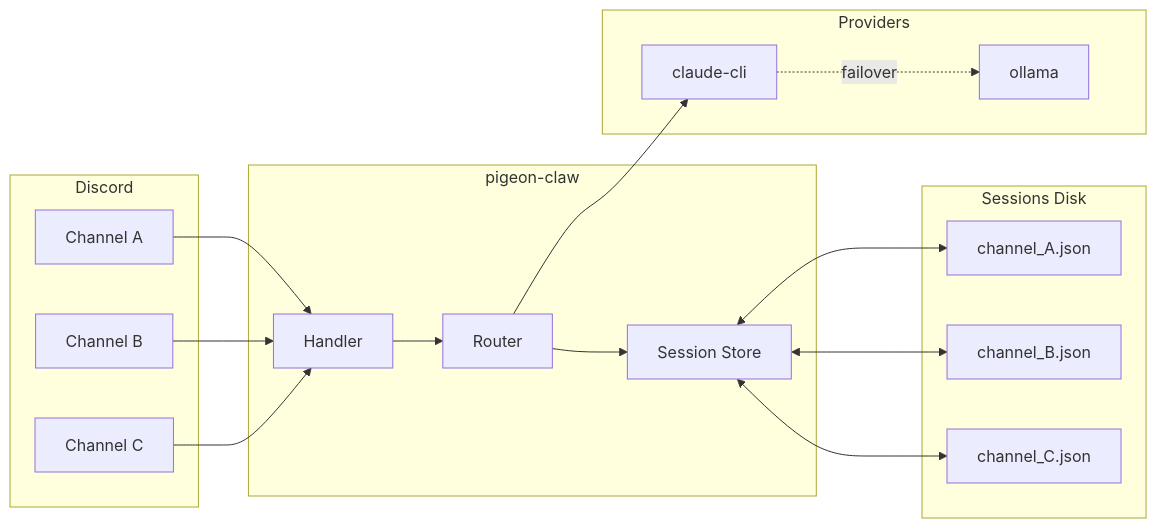
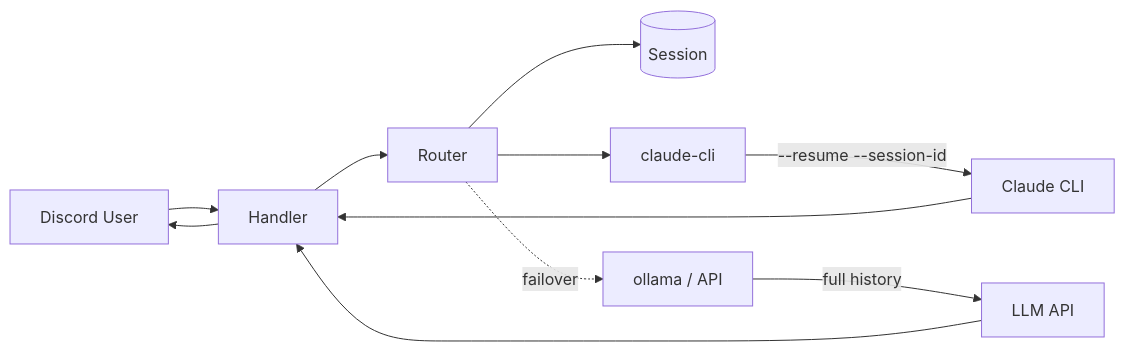
One commit to tackish/pigeon-claw changed the diagram in README.md. Above: the diagram before and after it, drawn with Mermaid. The commit also changed other lines of this file and 11 other files, not shown here.

First line of the commit message:
claude-cli session resume, i18n, retry, debug command, init improvements

````diff
--- a/README.md
+++ b/README.md
@@ -382,36 +338,15 @@
 ```mermaid
 flowchart LR
-    subgraph Discord
-        CH1[Channel A]
-        CH2[Channel B]
-        CH3[Channel C]
-    end
+    U[Discord User] --> H[Handler]
+    H --> R[Router]
+    R --> S[(Session)]
+    R --> P1[claude-cli]
+    R -.->|failover| P2[ollama / API]
 
-    subgraph pc [pigeon-claw]
-        H[Handler]
-        R[Router]
-        SS[Session Store]
-    end
+    P1 -->|"--resume --session-id"| CLI[Claude CLI]
+    P2 -->|full history| LLM[LLM API]
 
-    subgraph disk [Sessions Disk]
-        F1[channel_A.json]
-        F2[channel_B.json]
-        F3[channel_C.json]
-    end
-
-    subgraph prov [Providers]
-        P1[claude-cli]
-        P2[ollama]
-    end
-
-    CH1 --> H
-    CH2 --> H
-    CH3 --> H
-    H --> R
-    R --> SS
-    SS <--> F1
-    SS <--> F2
-    SS <--> F3
-    R --> P1
-    P1 -.->|failover| P2
+    CLI --> H
+    LLM --> H
+    H --> U
 ```
````
